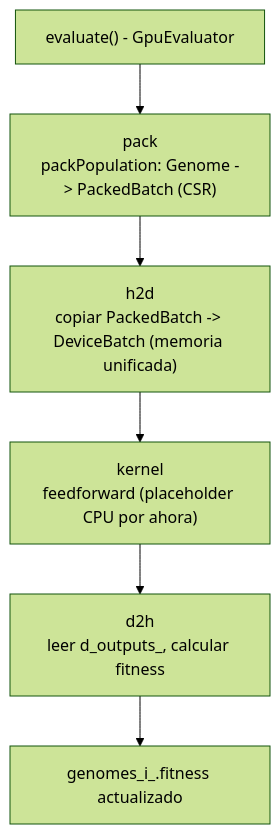
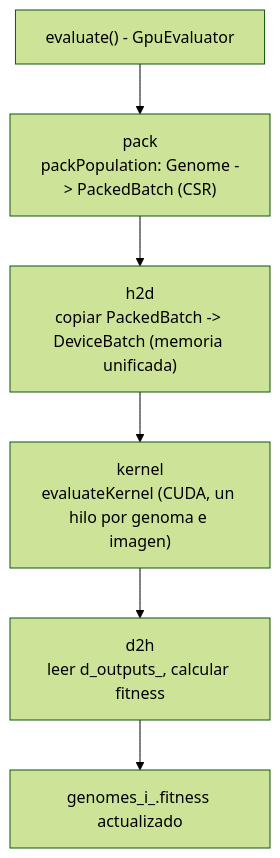
Before and after one commit to 3273B4N/ProyectoFinalHeterogeneos: the third of 3 diagrams in neuroevo/docs/ARQUITECTURA.md, drawn with Mermaid (forest theme). The commit also changed other lines of this file and 14 other files, not shown here.

````diff
--- a/neuroevo/docs/ARQUITECTURA.md
+++ b/neuroevo/docs/ARQUITECTURA.md
@@ -96,8 +96,8 @@
 ```mermaid
 flowchart TD
     A["evaluate() - GpuEvaluator"] --> B["pack<br/>packPopulation: Genome -&gt; PackedBatch (CSR)"]
     B --> C["h2d<br/>copiar PackedBatch -&gt; DeviceBatch (memoria unificada)"]
-    C --> D["kernel<br/>feedforward (placeholder CPU por ahora)"]
+    C --> D["kernel<br/>evaluateKernel (CUDA, un hilo por genoma e imagen)"]
     D --> E["d2h<br/>leer d_outputs_, calcular fitness"]
     E --> F[genomes_i_.fitness actualizado]
 ```
````
